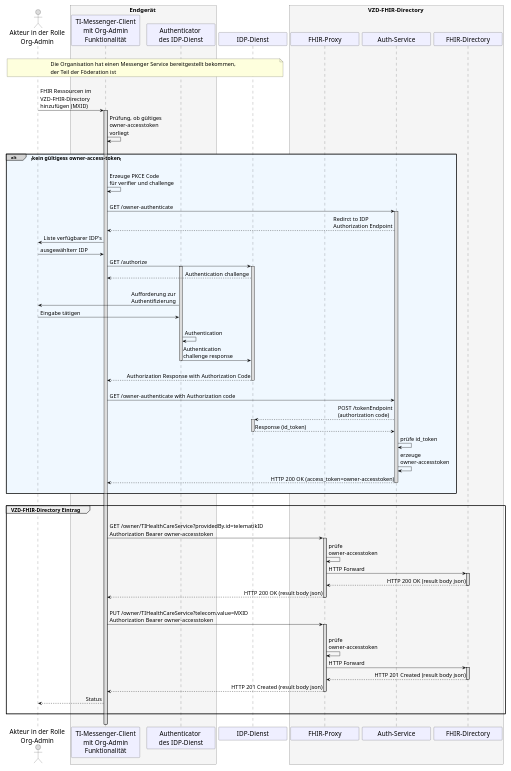
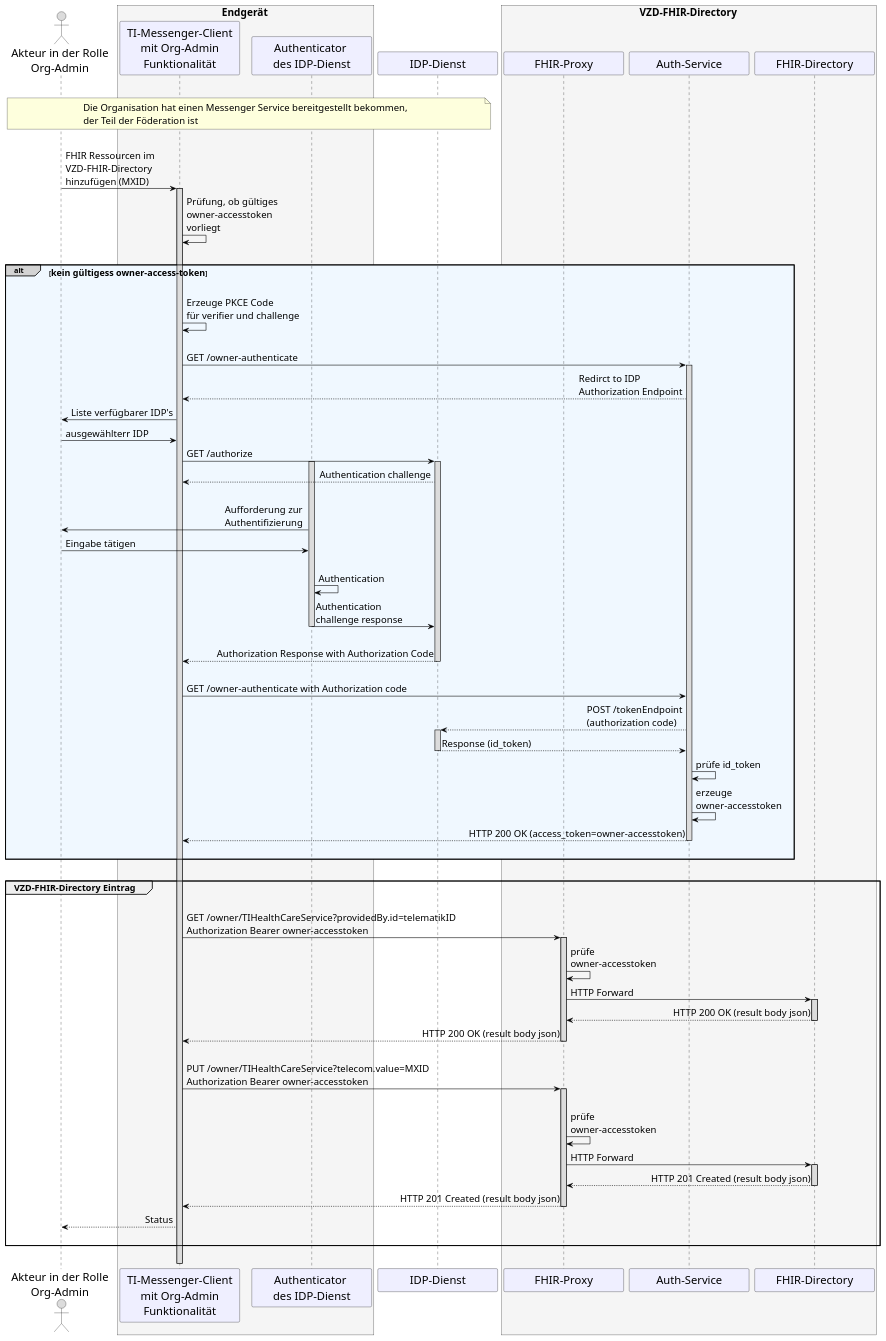
One commit to gematik/api-ti-messenger changed the diagram in src/plantuml/TI-Messenger-Dienst/Ressourcen/UC_10059_Seq.puml. Above: the diagram before and after it, drawn with PlantUML.

```diff
--- a/src/plantuml/TI-Messenger-Dienst/Ressourcen/UC_10059_Seq.puml
+++ b/src/plantuml/TI-Messenger-Dienst/Ressourcen/UC_10059_Seq.puml
@@ -9,120 +9,120 @@
 @startuml
 skinparam sequenceMessageAlign direction
 skinparam minClassWidth 200
 skinparam BoxPadding 1
 skinparam sequenceReferenceHeaderBackgroundColor palegreen
-scale max 900 width
+scale max 2048 width
 
 skinparam sequence {
 ArrowColor black
 ArrowFontSize 17
 ActorBorderColor black
 LifeLineBorderColor black
 LifeLineBackgroundColor Gainsboro
 
 ParticipantBorderColor Motivation
 ParticipantBackgroundColor Motivation
 ParticipantFontName Impact
 ParticipantFontSize 20
 ParticipantFontColor black
 ParticipantBorderColor Black
 ParticipantBackgroundColor MOTIVATION
 
 ActorBackgroundColor Gainsboro
 ActorFontColor black
 ActorFontSize 20
 ActorFontName Aapex
 }
     actor U as "Akteur in der Rolle\nOrg-Admin"
     box <size:18>Endgerät</size> #WhiteSmoke
     participant C as "TI-Messenger-Client\n mit Org-Admin \nFunktionalität"
     participant A as "Authenticator \ndes IDP-Dienst"
     end box
     participant I as "IDP-Dienst" 
     box <size:18>VZD-FHIR-Directory</size> #WhiteSmoke
       participant FP as "FHIR-Proxy"
       participant Auth as "Auth-Service"
       participant VZD as "FHIR-Directory"
     end box
 
 |||
 note over U, I: <size:17>Die Organisation hat einen Messenger Service bereitgestellt bekommen, \n<size:17>der Teil der Föderation ist</size>
 |||
 
 U->C: FHIR Ressourcen im \nVZD-FHIR-Directory \nhinzufügen (MXID)
   Activate C
 C->C: Prüfung, ob gültiges \nowner-accesstoken \nvorliegt
 
 |||
 alt#LightGrey #AliceBlue <size:16>kein gültigess owner-access-token</size>
 |||
 
   C->C: Erzeuge PKCE Code \nfür verifier und challenge
   |||
   C->Auth: GET /owner-authenticate
     Activate Auth
   Auth-->C: Redirct to IDP \nAuthorization Endpoint
 
   C->U: Liste verfügbarer IDP's
   U->C: ausgewählterr IDP
     
   C->I: GET /authorize
     Activate A
     Activate I
   I-->C: Authentication challenge
   |||
   A->U: Aufforderung zur \nAuthentifizierung
   U->A: Eingabe tätigen
   |||
   A->A: Authentication
   A->I: Authentication \nchallenge response
     Deactivate A
   |||
   I-->C: Authorization Response with Authorization Code
     Deactivate I
       
   |||    
   C->Auth: GET /owner-authenticate with Authorization code
   Auth-->I: POST /tokenEndpoint\n(authorization code)
     Activate I
   I-->Auth: Response (id_token)
     Deactivate I
   Auth->Auth: prüfe id_token
   Auth->Auth: erzeuge \nowner-accesstoken
   Auth-->C: HTTP 200 OK (access_token=owner-accesstoken)
   ||| 
     
     Deactivate Auth
 end
       
 |||
 
 group <size:16>VZD-FHIR-Directory Eintrag</size>
   |||
   C->FP: GET /owner/TIHealthCareService?providedBy.id=telematikID \nAuthorization Bearer owner-accesstoken
     Activate FP
   FP->FP: prüfe \nowner-accesstoken
   FP->VZD: HTTP Forward
     Activate VZD
   VZD-->FP: HTTP 200 OK (result body json)
     Deactivate VZD
   FP-->C: HTTP 200 OK (result body json)
     Deactivate FP
   |||
   C->FP: PUT /owner/TIHealthCareService?telecom.value=MXID \nAuthorization Bearer owner-accesstoken
   |||
     Activate FP
   FP->FP: prüfe \nowner-accesstoken
   FP->VZD: HTTP Forward
     Activate VZD
   VZD-->FP: HTTP 201 Created (result body json)
     Deactivate VZD
   FP-->C: HTTP 201 Created (result body json)
     Deactivate FP
   C-->U: Status    
   |||
 end
 |||
 
   Deactivate C
 @enduml
```
